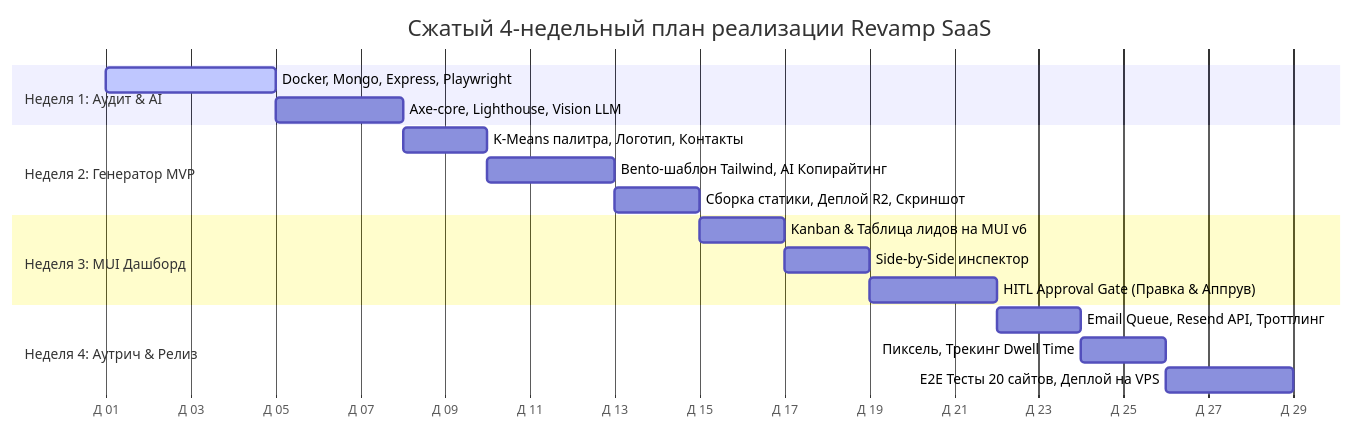
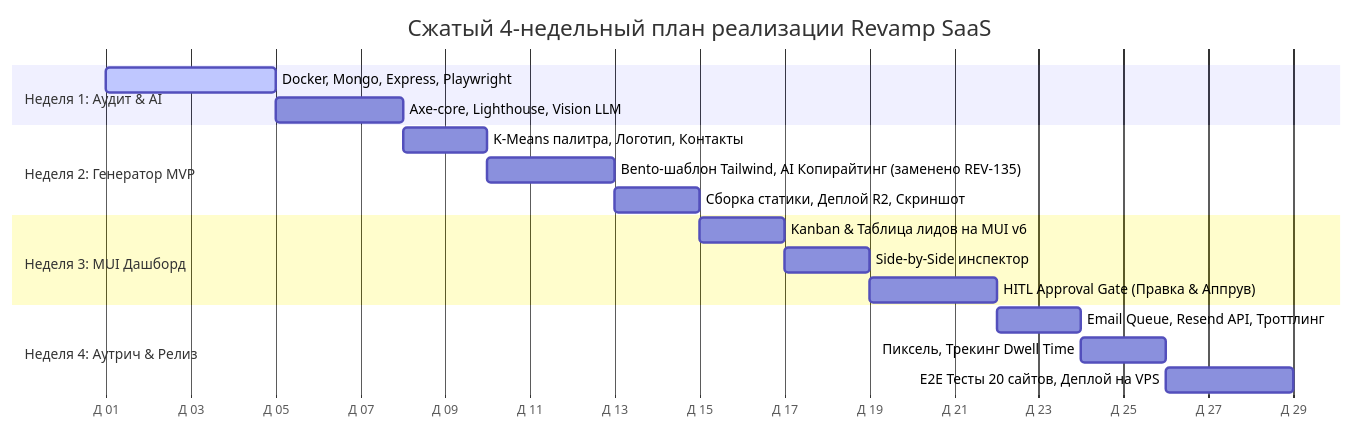
The second of 2 diagrams in milestones.md (yurykurouski/revamp-docs), drawn with Mermaid before and after one commit. The commit also changed other lines of this file and 2 other files, not shown here.

Commit message:
docs(REV-142): ADR 17, superseded ADRs, milestones REV-135–142, README — the model-designed MVP page

````diff
--- a/milestones.md
+++ b/milestones.md
@@ -149,25 +149,25 @@
 ```mermaid
 gantt
     title Сжатый 4-недельный план реализации Revamp SaaS
     dateFormat  YYYY-MM-DD
     axisFormat  Д %d
 
     section Неделя 1: Аудит & AI
     Docker, Mongo, Express, Playwright   :active, w1_1, 2026-10-01, 4d
     Axe-core, Lighthouse, Vision LLM    :w1_2, after w1_1, 3d
 
     section Неделя 2: Генератор MVP
     K-Means палитра, Логотип, Контакты  :w2_1, after w1_2, 2d
-    Bento-шаблон Tailwind, AI Копирайтинг:w2_2, after w2_1, 3d
+    Bento-шаблон Tailwind, AI Копирайтинг (заменено REV-135):w2_2, after w2_1, 3d
     Сборка статики, Деплой R2, Скриншот :w2_3, after w2_2, 2d
 
     section Неделя 3: MUI Дашборд
     Kanban & Таблица лидов на MUI v6    :w3_1, after w2_3, 2d
     Side-by-Side инспектор              :w3_2, after w3_1, 2d
     HITL Approval Gate (Правка & Аппрув):w3_3, after w3_2, 3d
 
     section Неделя 4: Аутрич & Релиз
     Email Queue, Resend API, Троттлинг  :w4_1, after w3_3, 2d
     Пиксель, Трекинг Dwell Time         :w4_2, after w4_1, 2d
     E2E Тесты 20 сайтов, Деплой на VPS  :w4_3, after w4_2, 3d
 ```
````
